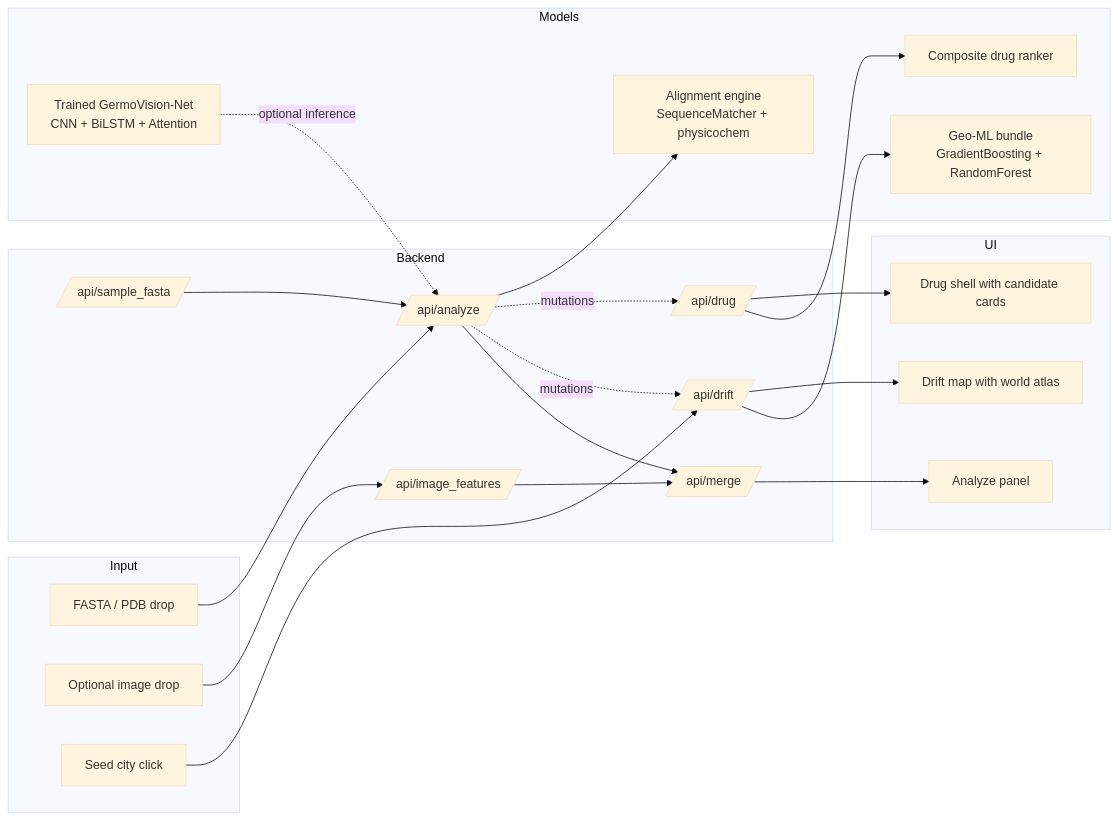
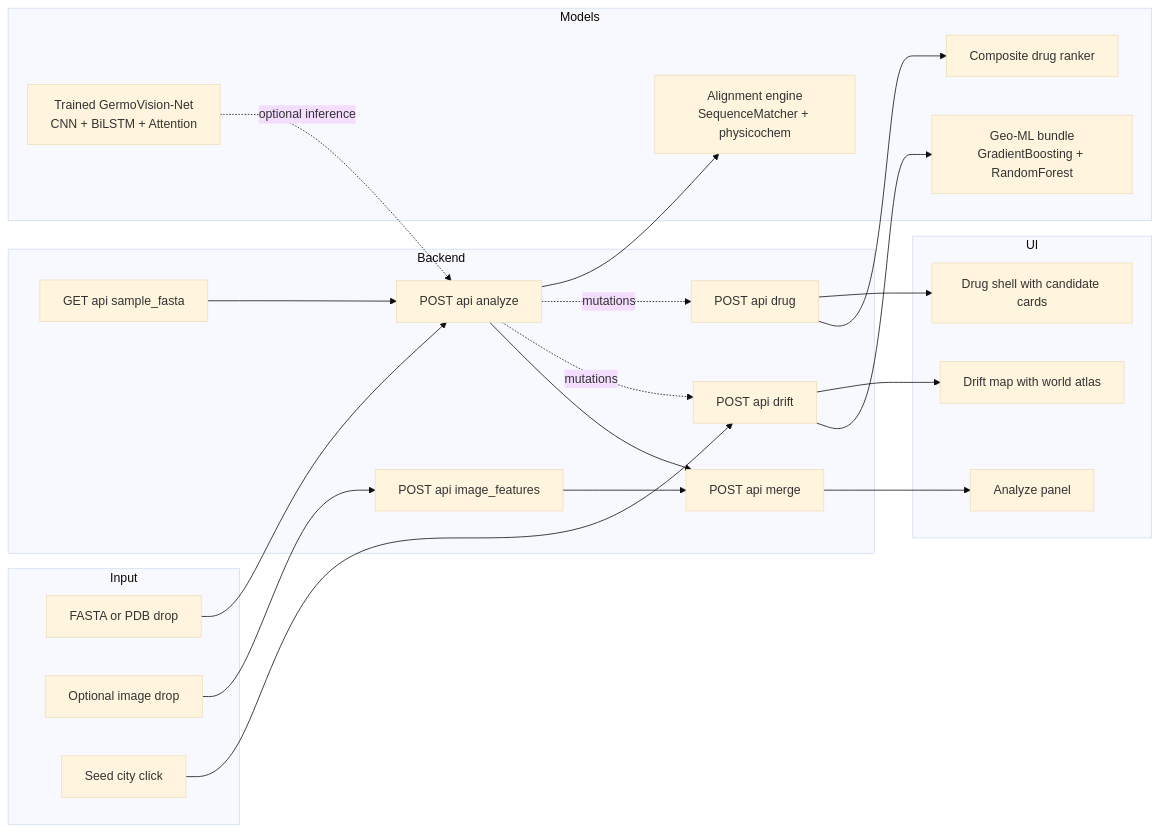
The first of 5 diagrams in README.md (Blinchikee0/GermoVision_AI_forecast), drawn with Mermaid (base theme) before and after one commit. The commit also changed other lines of this file, not shown here.

Commit message:
readme: fix katex braces, mermaid nodes, switch to white logo

````diff
--- a/README.md
+++ b/README.md
@@ -33,42 +33,42 @@
 ```mermaid
 flowchart LR
     subgraph Input
-        A[FASTA / PDB drop]
-        B[Optional image drop]
-        C[Seed city click]
+        A["FASTA or PDB drop"]
+        B["Optional image drop"]
+        C["Seed city click"]
     end
     subgraph Backend
-        D[/api/analyze/]
-        E[/api/image_features/]
-        F[/api/merge/]
-        G[/api/drift/]
-        H[/api/drug/]
-        I[/api/sample_fasta/]
+        D["POST api analyze"]
+        E["POST api image_features"]
+        F["POST api merge"]
+        G["POST api drift"]
+        H["POST api drug"]
+        I["GET api sample_fasta"]
     end
     subgraph Models
-        M1["Alignment engine\nSequenceMatcher + physicochem"]
-        M2["Geo-ML bundle\nGradientBoosting + RandomForest"]
+        M1["Alignment engine<br/>SequenceMatcher + physicochem"]
+        M2["Geo-ML bundle<br/>GradientBoosting + RandomForest"]
         M3["Composite drug ranker"]
-        M4["Trained GermoVision-Net\nCNN + BiLSTM + Attention"]
+        M4["Trained GermoVision-Net<br/>CNN + BiLSTM + Attention"]
     end
     subgraph UI
-        U1[Analyze panel]
-        U2[Drift map with world atlas]
-        U3[Drug shell with candidate cards]
+        U1["Analyze panel"]
+        U2["Drift map with world atlas"]
+        U3["Drug shell with candidate cards"]
     end
     A --> D
     B --> E
     D --> F
     E --> F
     C --> G
     D -.mutations.-> G
     D -.mutations.-> H
     D --> M1
     G --> M2
     H --> M3
     I --> D
     M4 -.optional inference.-> D
     F --> U1
     G --> U2
     H --> U3
 ```
````
